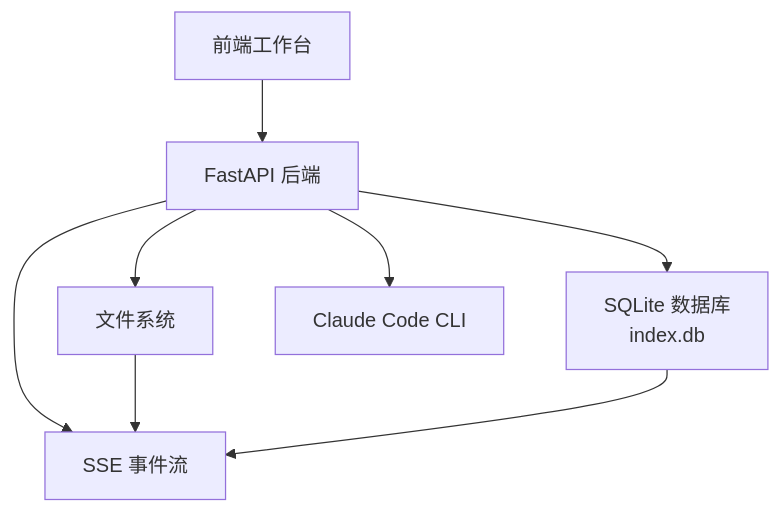
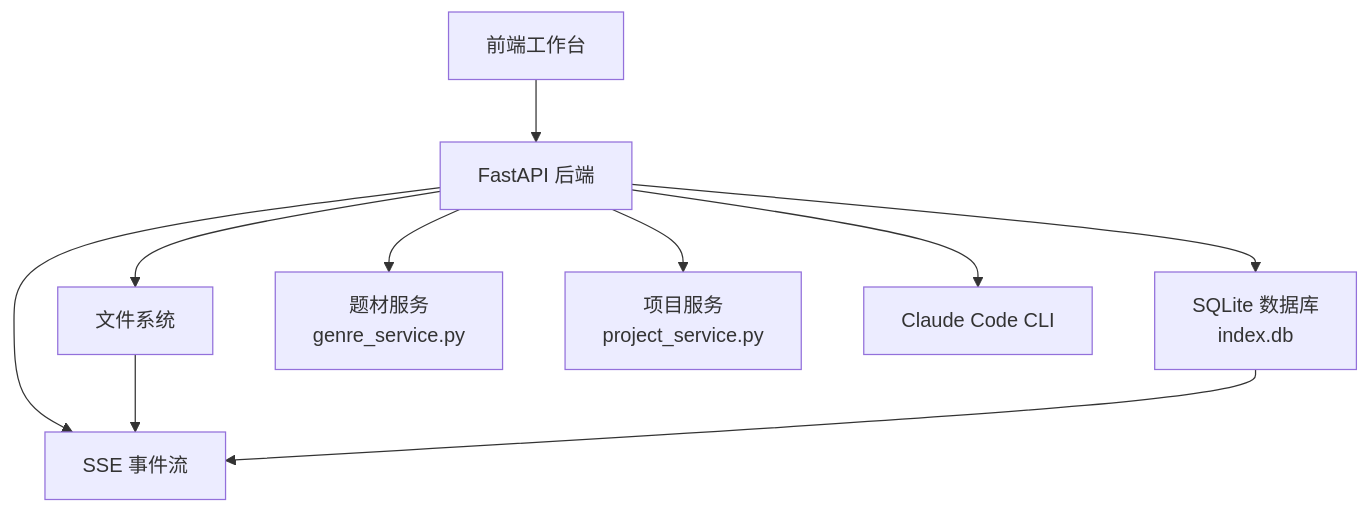
One commit to ssffpt/webnovel-writer changed the second of 9 diagrams in .qoder/repowiki/zh/content/写作工作台/后端服务实现.md. Above: the diagram before and after it, drawn with Mermaid. The commit also changed other lines of this file and 13 other files, not shown here.

````diff
--- a/.qoder/repowiki/zh/content/写作工作台/后端服务实现.md
+++ b/.qoder/repowiki/zh/content/写作工作台/后端服务实现.md
@@ -101,16 +120,20 @@
 ```mermaid
 graph TB
 UI["前端工作台"]
 API["FastAPI 后端"]
 FS["文件系统"]
 DB["SQLite 数据库<br/>index.db"]
+GS["题材服务<br/>genre_service.py"]
+PS["项目服务<br/>project_service.py"]
 CL["Claude Code CLI"]
 EV["SSE 事件流"]
 UI --> API
 API --> FS
 API --> DB
+API --> GS
+API --> PS
 API --> CL
 API --> EV
 FS --> EV
 DB --> EV
 ```
````
